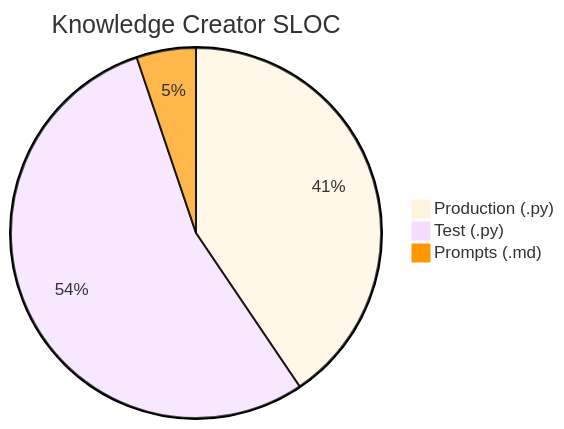
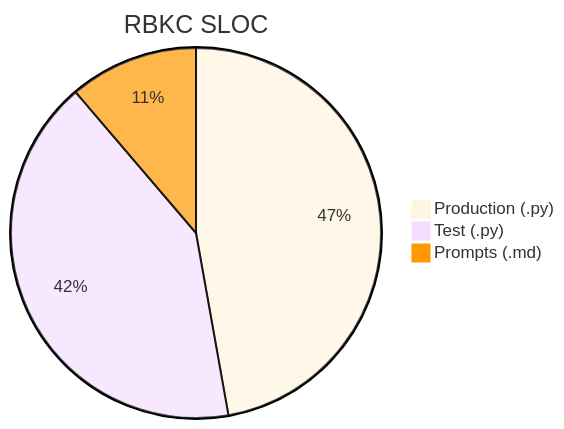
One commit to nablarch/nabledge-dev changed the tenth of 14 diagrams in docs/metrics.md. Above: the diagram before and after it, drawn with Mermaid. The commit also changed other lines of this file, not shown here.

````diff
--- a/docs/metrics.md
+++ b/docs/metrics.md
@@ -136,7 +136,7 @@
 ```mermaid
 %%{init: {'theme': 'base', 'themeVariables': {'pie3': '#FF9800'}}}%%
-pie title Knowledge Creator SLOC
-  "Production (.py)" : 4703
-  "Test (.py)" : 6294
-  "Prompts (.md)" : 602
+pie title RBKC SLOC
+  "Production (.py)" : 5494
+  "Test (.py)" : 4837
+  "Prompts (.md)" : 1310
 ```
````
